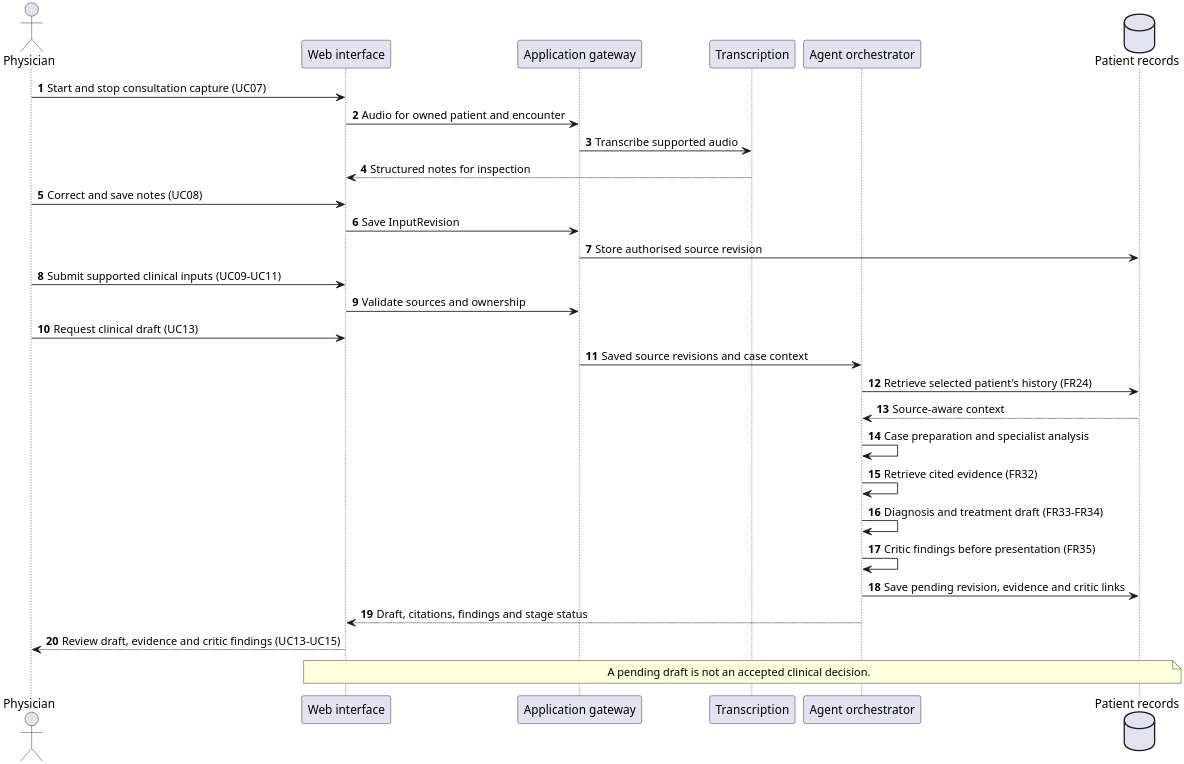
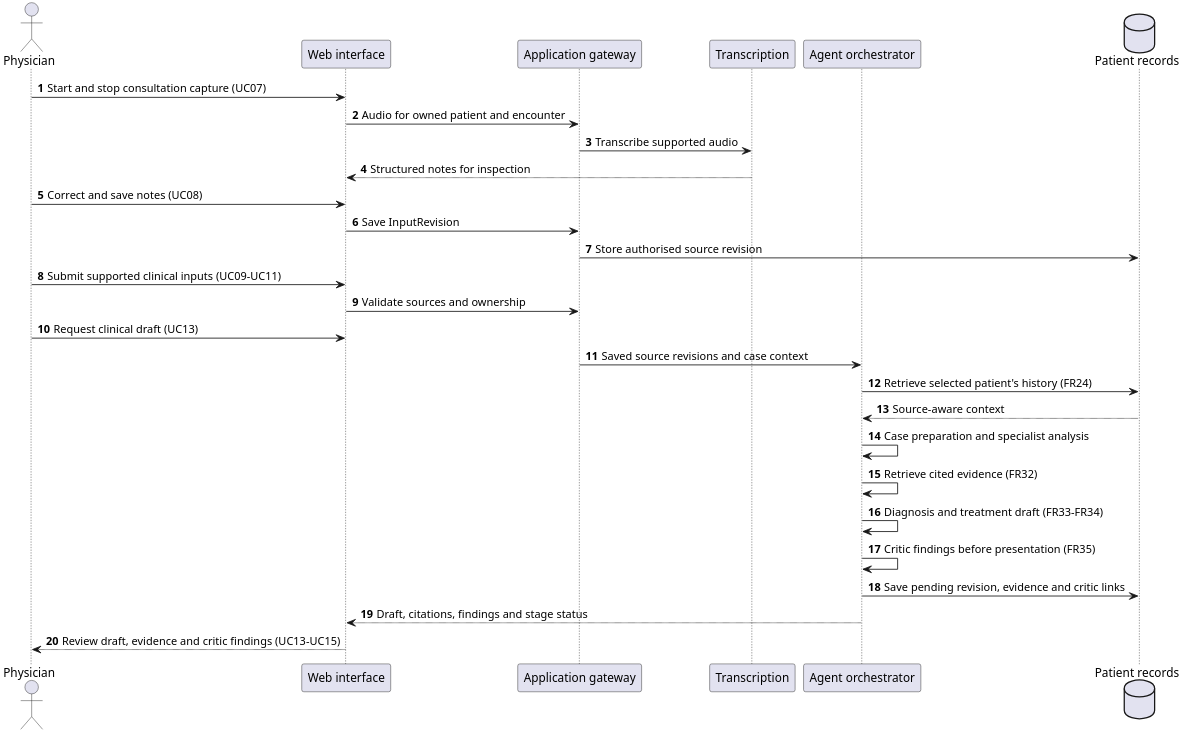
One commit to fatimamalik2307/fyp-report changed the diagram in esha/diagrams/consultation_sequence.puml. Above: the diagram before and after it, drawn with PlantUML. The commit also changed 22 other files, not shown here.

Commit message:
Simplify report sections and correct architecture diagrams

```diff
--- a/esha/diagrams/consultation_sequence.puml
+++ b/esha/diagrams/consultation_sequence.puml
@@ -1,33 +1,32 @@
 @startuml esha_D10_consultation_sequence
 skinparam dpi 300
 skinparam shadowing false
 skinparam defaultFontName Arial
 autonumber
 actor Physician
 participant "Web interface" as UI
 participant "Application gateway" as API
 participant "Transcription" as STT
 participant "Agent orchestrator" as Agents
 database "Patient records" as Store
 Physician -> UI : Start and stop consultation capture (UC07)
 UI -> API : Audio for owned patient and encounter
 API -> STT : Transcribe supported audio
 STT --> UI : Structured notes for inspection
 Physician -> UI : Correct and save notes (UC08)
 UI -> API : Save InputRevision
 API -> Store : Store authorised source revision
 Physician -> UI : Submit supported clinical inputs (UC09-UC11)
 UI -> API : Validate sources and ownership
 Physician -> UI : Request clinical draft (UC13)
 API -> Agents : Saved source revisions and case context
 Agents -> Store : Retrieve selected patient's history (FR24)
 Store --> Agents : Source-aware context
 Agents -> Agents : Case preparation and specialist analysis
 Agents -> Agents : Retrieve cited evidence (FR32)
 Agents -> Agents : Diagnosis and treatment draft (FR33-FR34)
 Agents -> Agents : Critic findings before presentation (FR35)
 Agents -> Store : Save pending revision, evidence and critic links
 Agents --> UI : Draft, citations, findings and stage status
 UI --> Physician : Review draft, evidence and critic findings (UC13-UC15)
-note over UI, Store : A pending draft is not an accepted clinical decision.
 @enduml
```
